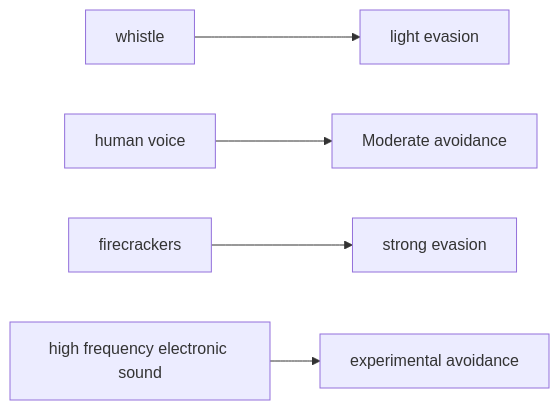
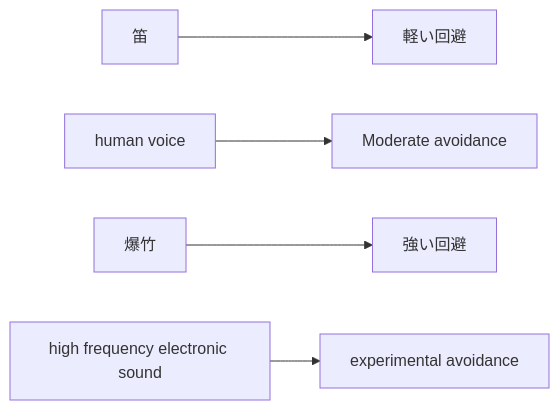
Before and after one commit to monumental-movement/monumental-movement.github.io: the second of 4 diagrams in en/_posts/2025-10-26-column-bear-sound.md, drawn with Mermaid. The commit also changed other lines of this file and 2196 other files, not shown here.

```diff
--- a/en/_posts/2025-10-26-column-bear-sound.md
+++ b/en/_posts/2025-10-26-column-bear-sound.md
@@ -112,9 +112,9 @@
 <div class="mermaid">
 
 graph LR
-A[whistle] --> B[light evasion]
+A[笛] --> B[軽い回避]
 C[human voice] --> D[Moderate avoidance]
-E[firecrackers] --> F[strong evasion]
+E[爆竹] --> F[強い回避]
 G[high frequency electronic sound] --> H[experimental avoidance]
 
 </div>
```
